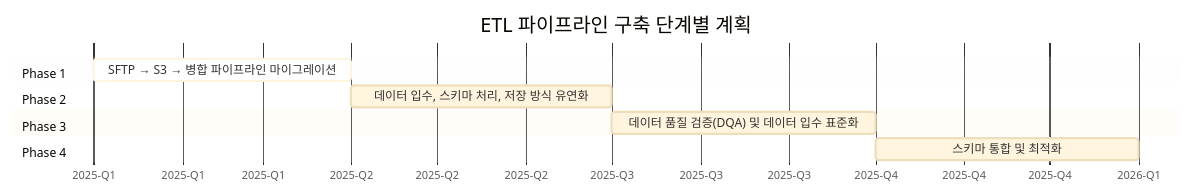
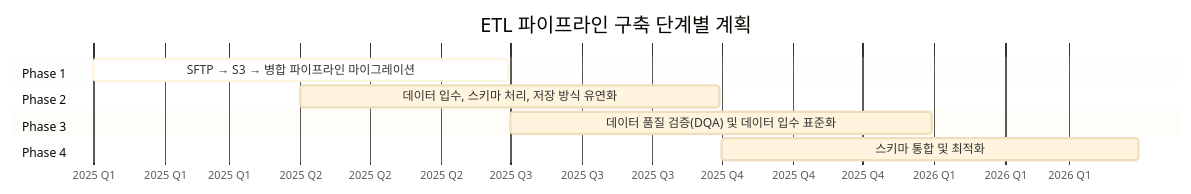
One commit to yeokyeong-yoon/yeokyeong-yoon.github.io changed the first of 11 diagrams in _posts/2025-03-18-etl-pipeline.md. Above: the diagram before and after it, drawn with Mermaid. The commit also changed other lines of this file, not shown here.

Commit message:
docs: Add explanatory text to clarify differences between data quality verification and summary logging

````diff
--- a/_posts/2025-03-18-etl-pipeline.md
+++ b/_posts/2025-03-18-etl-pipeline.md
@@ -80,16 +80,16 @@
 ```mermaid
-%%{init: {'theme': 'base', 'themeVariables': { 'fontSize': '16px'}}}%%
+%%{init: {'theme': 'base', 'themeVariables': { 'fontSize': '16px', 'fontFamily': 'arial'}}}%%
 gantt
     title ETL 파이프라인 구축 단계별 계획
-    dateFormat YYYY-Q
-    axisFormat %Y-Q%q
+    dateFormat  YYYY-MM-DD
+    axisFormat %Y Q%q
 
     section Phase 1
-    SFTP → S3 → 병합 파이프라인 마이그레이션    :active, 2025-1, 2025-2
+    SFTP → S3 → 병합 파이프라인 마이그레이션    :active, 2025-01-01, 2025-06-30
     section Phase 2
-    데이터 입수, 스키마 처리, 저장 방식 유연화    :2025-2, 2025-3
+    데이터 입수, 스키마 처리, 저장 방식 유연화    :2025-04-01, 2025-09-30
     section Phase 3
-    데이터 품질 검증(DQA) 및 데이터 입수 표준화    :2025-3, 2025-4
+    데이터 품질 검증(DQA) 및 데이터 입수 표준화    :2025-07-01, 2025-12-31
     section Phase 4
-    스키마 통합 및 최적화    :2025-4, 2026-1
+    스키마 통합 및 최적화    :2025-10-01, 2026-03-31
 ```
````
